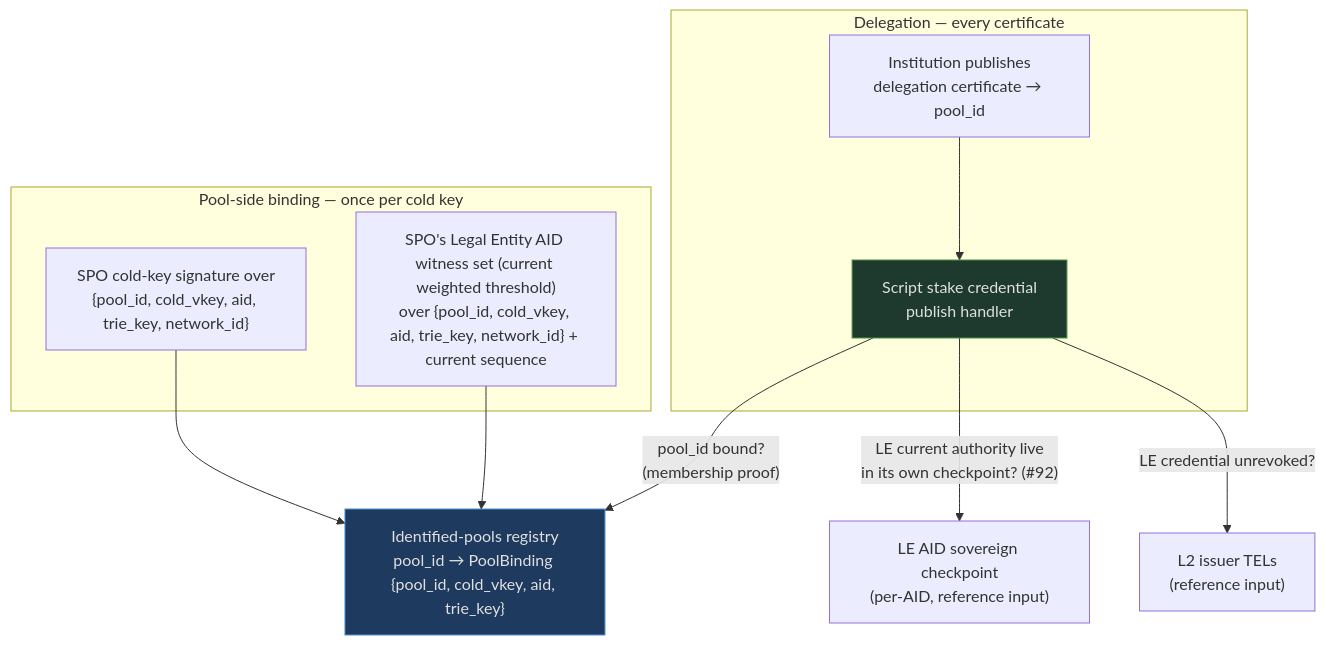
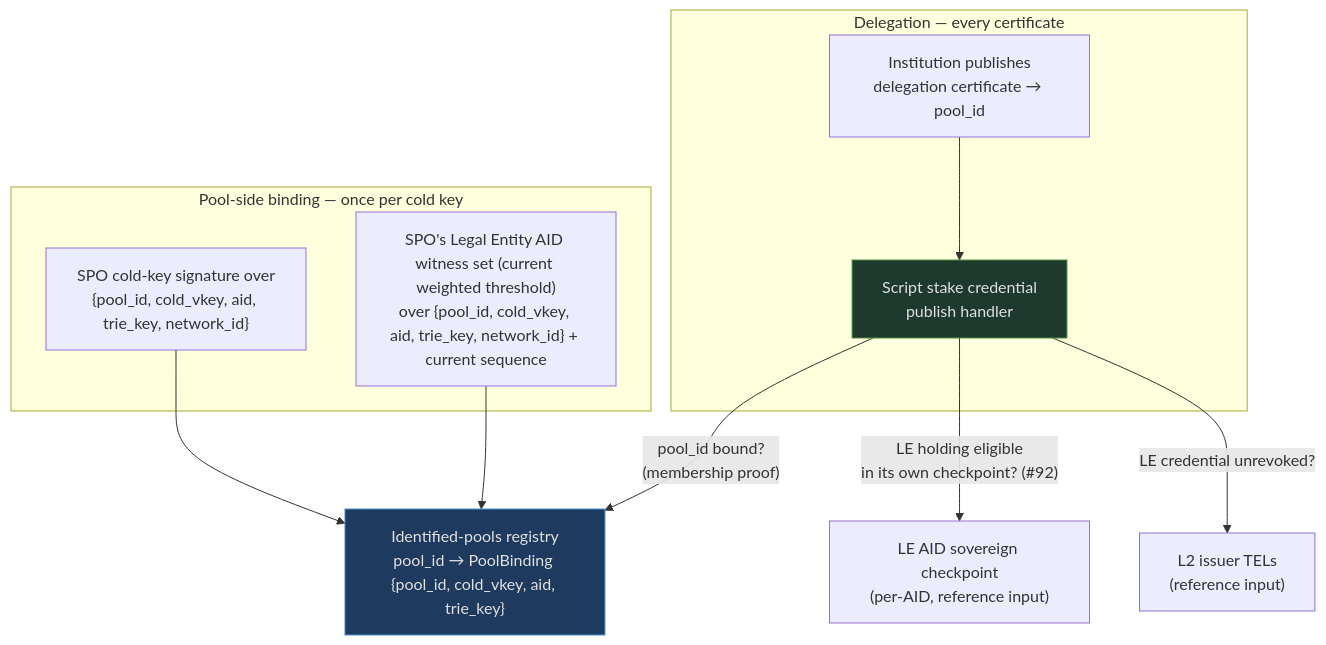
One commit to lambdasistemi/cardano-keri changed the diagram in docs/design/business-cases/spo-delegation.md. Above: the diagram before and after it, drawn with Mermaid. The commit also changed other lines of this file and 64 other files, not shown here.

First line of the commit message:
docs: align the design and architecture pages with the accepted model

````diff
--- a/docs/design/business-cases/spo-delegation.md
+++ b/docs/design/business-cases/spo-delegation.md
@@ -129,22 +127,22 @@
 ```mermaid
 flowchart TB
     subgraph bind["Pool-side binding — once per cold key"]
         COLD["SPO cold-key signature over<br/>{pool_id, cold_vkey, aid, trie_key, network_id}"]
         LESIG["SPO's Legal Entity AID witness set (current weighted threshold)<br/>over {pool_id, cold_vkey, aid, trie_key, network_id} + current sequence"]
     end
     IPR["Identified-pools registry<br/>pool_id → PoolBinding {pool_id, cold_vkey, aid, trie_key}"]
     COLD --> IPR
     LESIG --> IPR
 
     subgraph deleg["Delegation — every certificate"]
         INST["Institution publishes<br/>delegation certificate → pool_id"]
         PUB["Script stake credential<br/>publish handler"]
         INST --> PUB
     end
     PUB -->|"pool_id bound?<br/>(membership proof)"| IPR
-    PUB -->|"LE current authority live<br/>in its own checkpoint? (#92)"| CHK["LE AID sovereign checkpoint<br/>(per-AID, reference input)"]
+    PUB -->|"LE holding eligible<br/>in its own checkpoint? (#92)"| CHK["LE AID sovereign checkpoint<br/>(per-AID, reference input)"]
     PUB -->|"LE credential unrevoked?"| L2["L2 issuer TELs<br/>(reference input)"]
 
     style IPR fill:#1e3a5f,stroke:#4a90d9,color:#e0e0e0
     style PUB fill:#1e3a2f,stroke:#4a9040,color:#e0e0e0
 ```
````
